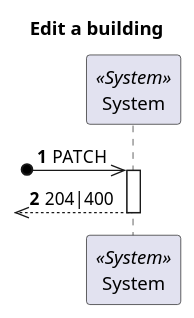
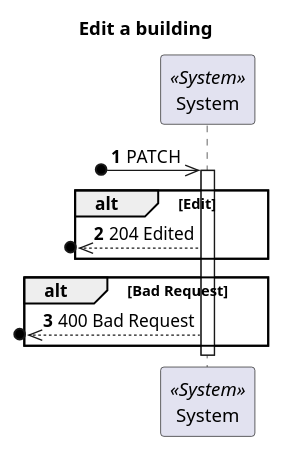
Before and after one commit to 1210910/lapr5: the diagram in docs/Vista Processo/US160/ProcessView_Level1_US160.puml, drawn with PlantUML. The commit also changed 14 other files, not shown here.

Commit message:
Update Level 3 Process Diagrams

```diff
--- a/docs/Vista Processo/US160/ProcessView_Level1_US160.puml
+++ b/docs/Vista Processo/US160/ProcessView_Level1_US160.puml
@@ -1,18 +1,23 @@
 @startuml
 'https://plantuml.com/sequence-diagram
 
 autonumber
 skinparam packageStyle rect
 
 title Edit a building
 
 participant "System" as Sys <<System>>
 
 ?o->> Sys : PATCH
 
 activate Sys
-?o<<-- Sys : 204|400
+alt Edit
+   ?o<<--Sys : 204 Edited
+end
+alt Bad Request
+   ?o<<--Sys : 400 Bad Request
+end
 deactivate Sys
 
 
 @enduml
```
